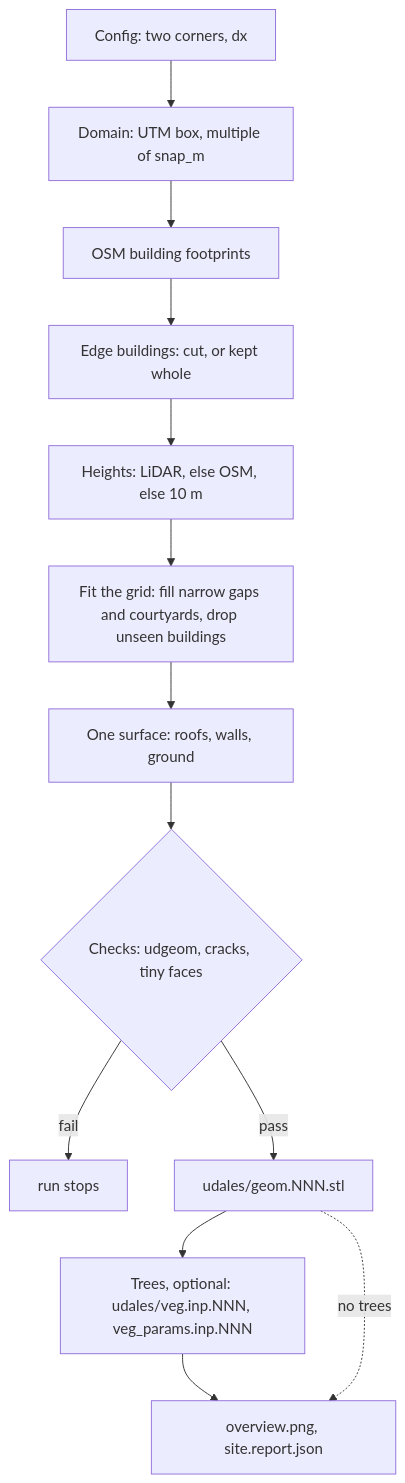
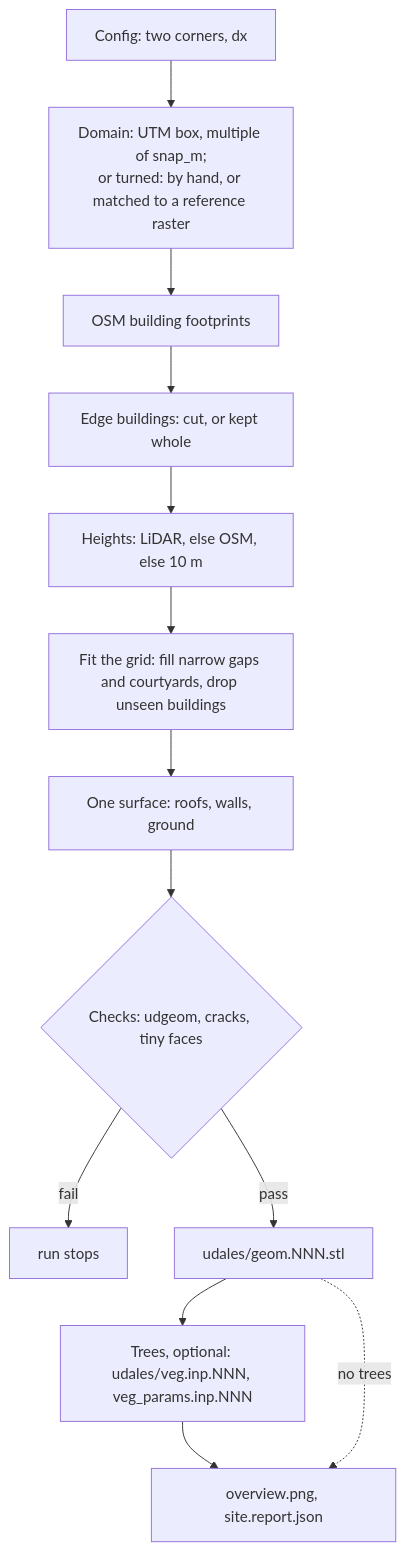
The diagram in README.md (SLT2k/uDALES_Geo), drawn with Mermaid before and after one commit. The commit also changed other lines of this file and 12 other files, not shown here.

````diff
--- a/README.md
+++ b/README.md
@@ -80,15 +83,15 @@
 ```mermaid
 flowchart TD
-    CFG["Config: two corners, dx"] --> DOM["Domain: UTM box, multiple of snap_m"]
+    CFG["Config: two corners, dx"] --> DOM["Domain: UTM box, multiple of snap_m;<br/>or turned: by hand, or matched to a reference raster"]
     DOM --> OSM["OSM building footprints"]
     OSM --> EDGE["Edge buildings: cut, or kept whole"]
     EDGE --> HGT["Heights: LiDAR, else OSM, else 10 m"]
     HGT --> FIT["Fit the grid: fill narrow gaps and courtyards, drop unseen buildings"]
     FIT --> MESH["One surface: roofs, walls, ground"]
     MESH --> CHK{"Checks: udgeom, cracks, tiny faces"}
     CHK -->|fail| STOP["run stops"]
     CHK -->|pass| GEOM["udales/geom.NNN.stl"]
     GEOM --> VEG["Trees, optional: udales/veg.inp.NNN, veg_params.inp.NNN"]
     VEG --> REP["overview.png, site.report.json"]
     GEOM -.->|no trees| REP
 ```
````
